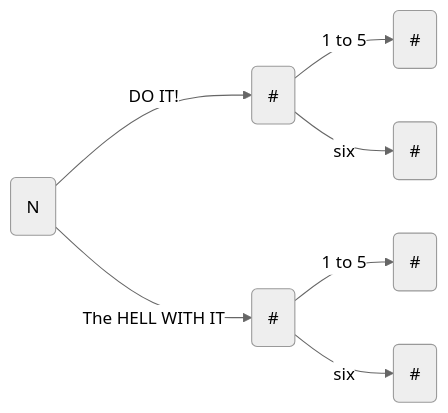
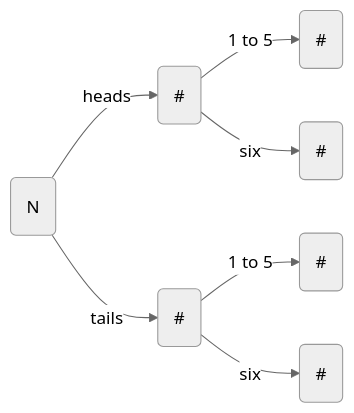
One commit to Ullrika/MVEN10material changed the diagram in ex/chance_belief_frequency.qmd. Above: the diagram before and after it, drawn with Mermaid (neutral theme). The commit also changed other lines of this file and 44 other files, not shown here.

````diff
--- a/ex/chance_belief_frequency.qmd
+++ b/ex/chance_belief_frequency.qmd
@@ -77,9 +81,9 @@
 ```{mermaid}
 flowchart LR
-  A("N") -->|DO IT!|B("#")
-  A("N") -->|The HELL WITH IT|C("#")
+  A("N") -->|heads|B("#")
+  A("N") -->|tails|C("#")
   B("#") -->|1 to 5|D("#")
   B("#") -->|six|E("#")
   C("#") -->|1 to 5|F("#")
   C("#") -->|six|G("#")
 ```
````
